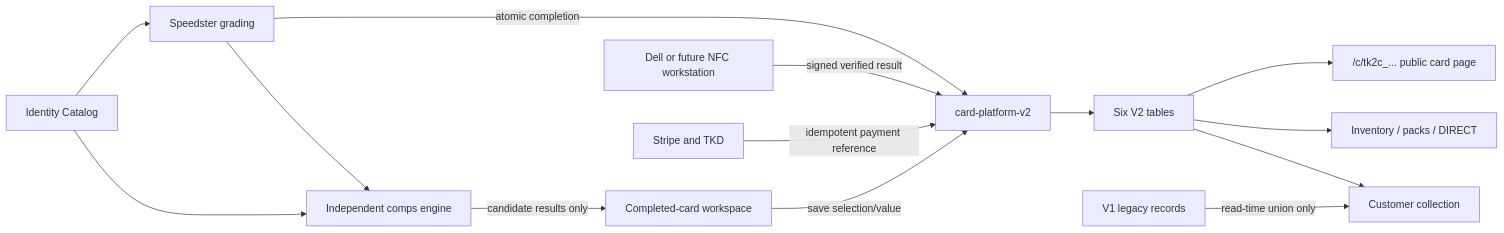
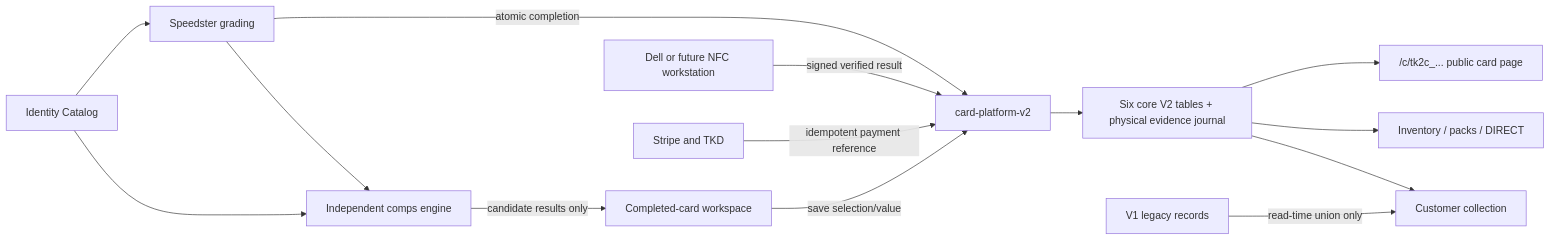
One commit to MarkTenKings/tenkings-backend changed the diagram in docs/specs/TEN_KINGS_V2_FINAL_MASTER_BLUEPRINT.md. Above: the diagram before and after it, drawn with Mermaid. The commit also changed other lines of this file and 49 other files, not shown here.

````diff
--- a/docs/specs/TEN_KINGS_V2_FINAL_MASTER_BLUEPRINT.md
+++ b/docs/specs/TEN_KINGS_V2_FINAL_MASTER_BLUEPRINT.md
@@ -198,16 +232,16 @@
 ```mermaid
 flowchart LR
     A["Speedster grading"] -->|"atomic completion"| B["card-platform-v2"]
     C["Identity Catalog"] --> A
     C --> D["Independent comps engine"]
     A --> D
     D -->|"candidate results only"| E["Completed-card workspace"]
     E -->|"save selection/value"| B
     F["Dell or future NFC workstation"] -->|"signed verified result"| B
-    B --> G["Six V2 tables"]
+    B --> G["Six core V2 tables + physical evidence journal"]
     G --> H["/c/tk2c_... public card page"]
     G --> I["Inventory / packs / DIRECT"]
     J["Stripe and TKD"] -->|"idempotent payment reference"| B
     K["V1 legacy records"] -->|"read-time union only"| L["Customer collection"]
     G --> L
 ```
````
